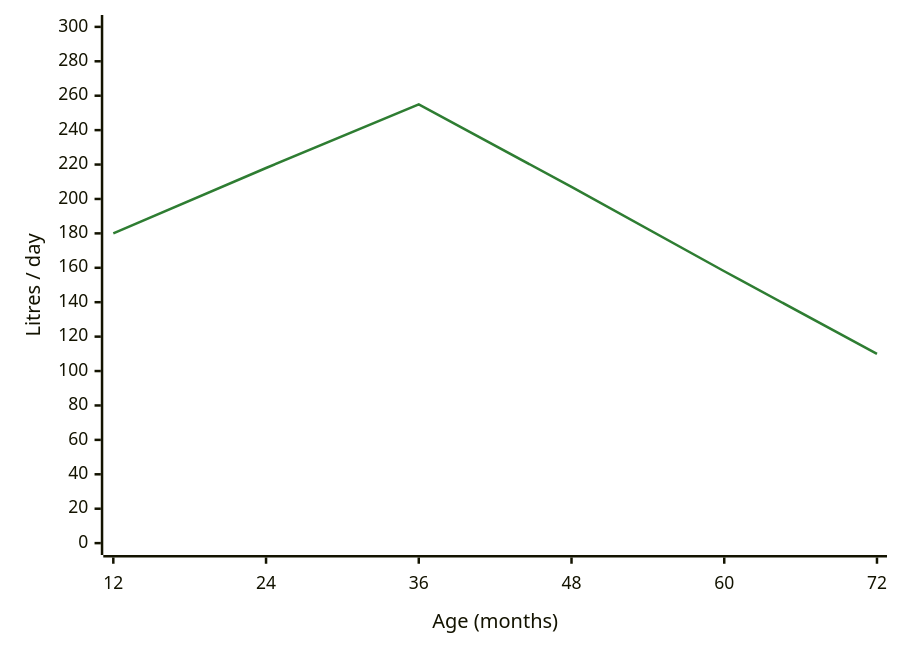
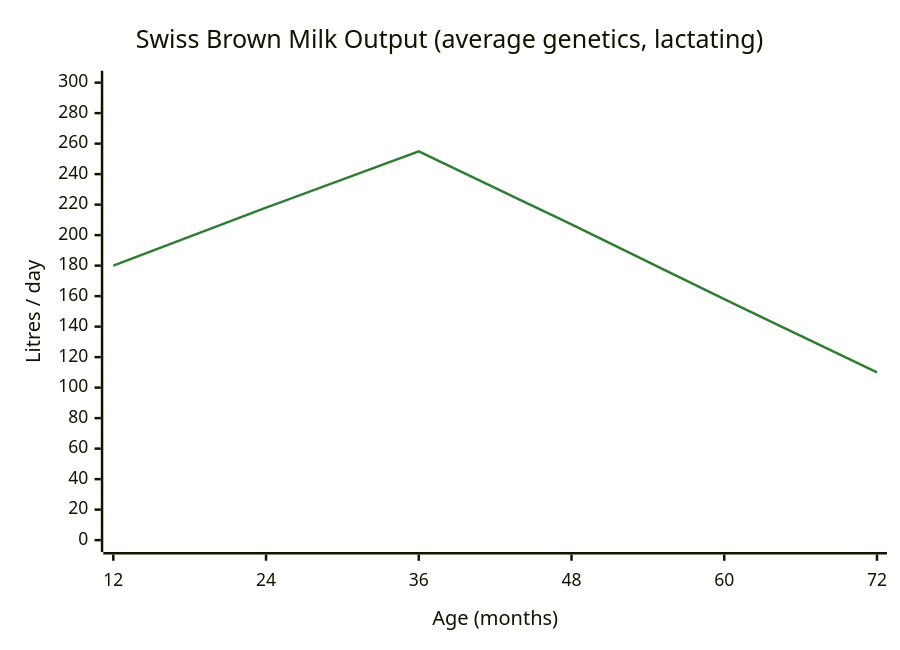
The diagram in docs/user-guide/factsheet-cattle.md (rittermod/FS25_RealisticLivestockRM), drawn with Mermaid before and after one commit. The commit also changed 4 other files, not shown here.

Commit message:
docs: still fighting mermaids

````diff
--- a/docs/user-guide/factsheet-cattle.md
+++ b/docs/user-guide/factsheet-cattle.md
@@ -47,7 +47,8 @@
 ```mermaid
 %%{init: {"themeVariables": {"xyChart": {"plotColorPalette": "#2e7d32"}}}}%%
 xychart-beta
+    title "Swiss Brown Milk Output (average genetics, lactating)"
     x-axis "Age (months)" [12, 24, 36, 48, 60, 72]
     y-axis "Litres / day" 0 --> 300
     line [180, 218, 255, 207, 158, 110]
 ```
````
